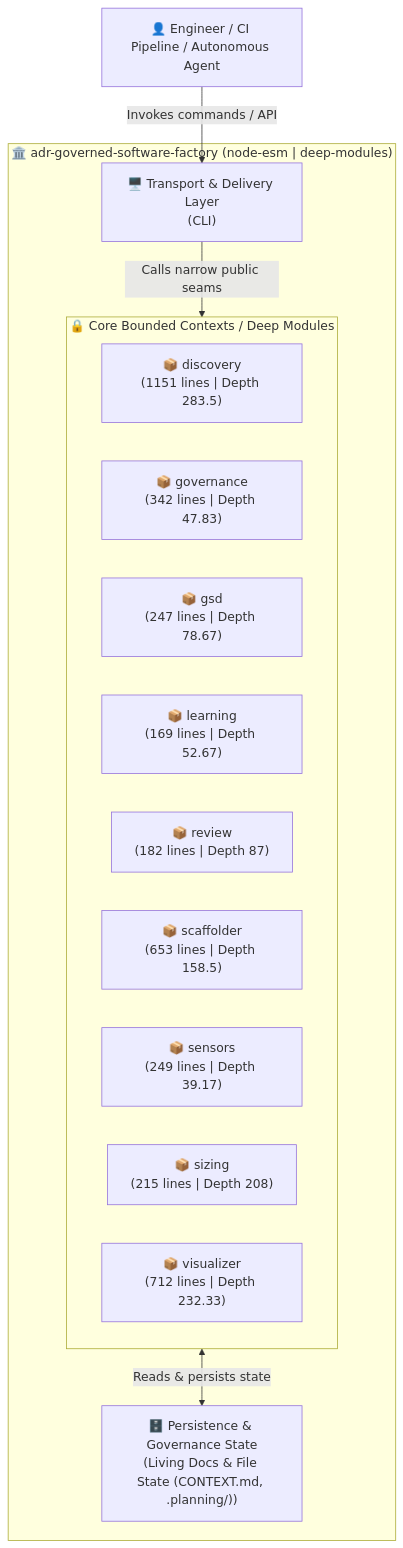
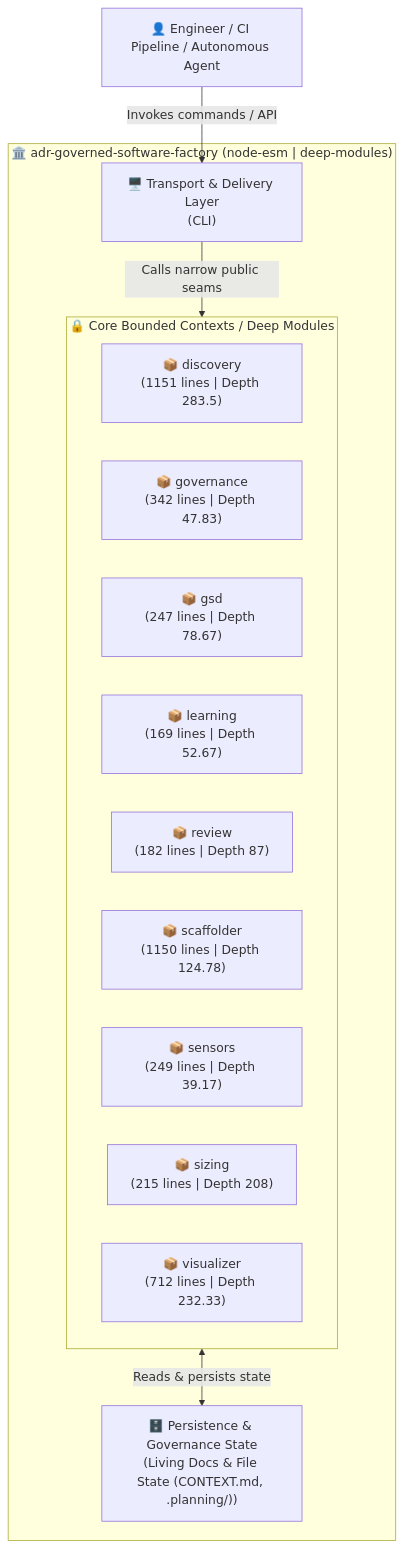
One commit to bpoti001/software-factory changed the first of 5 diagrams in docs/architecture/VISUAL_ARCHITECTURE.md. Above: the diagram before and after it, drawn with Mermaid. The commit also changed other lines of this file and 15 other files, not shown here.

````diff
--- a/docs/architecture/VISUAL_ARCHITECTURE.md
+++ b/docs/architecture/VISUAL_ARCHITECTURE.md
@@ -12,22 +12,22 @@
 ```mermaid
 flowchart TB
     Actor["👤 Engineer / CI Pipeline / Autonomous Agent"]
     subgraph SystemBoundary["🏛️ adr-governed-software-factory (node-esm | deep-modules)"]
         Transport["🖥️ Transport & Delivery Layer<br/>(CLI)"]
         subgraph CoreModules["🔒 Core Bounded Contexts / Deep Modules"]
         MOD_discovery["📦 discovery<br/>(1151 lines | Depth 283.5)"]
         MOD_governance["📦 governance<br/>(342 lines | Depth 47.83)"]
         MOD_gsd["📦 gsd<br/>(247 lines | Depth 78.67)"]
         MOD_learning["📦 learning<br/>(169 lines | Depth 52.67)"]
         MOD_review["📦 review<br/>(182 lines | Depth 87)"]
-        MOD_scaffolder["📦 scaffolder<br/>(653 lines | Depth 158.5)"]
+        MOD_scaffolder["📦 scaffolder<br/>(1150 lines | Depth 124.78)"]
         MOD_sensors["📦 sensors<br/>(249 lines | Depth 39.17)"]
         MOD_sizing["📦 sizing<br/>(215 lines | Depth 208)"]
         MOD_visualizer["📦 visualizer<br/>(712 lines | Depth 232.33)"]
         end
         StateStore["🗄️ Persistence & Governance State<br/>(Living Docs & File State (CONTEXT.md, .planning/))"]
     end
     Actor -->|"Invokes commands / API"| Transport
     Transport -->|"Calls narrow public seams"| CoreModules
     CoreModules <-->|"Reads & persists state"| StateStore
 ```
````
